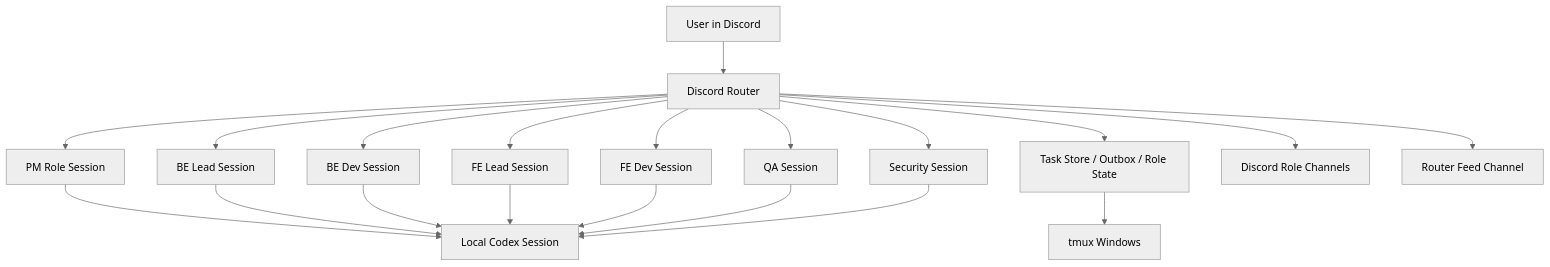
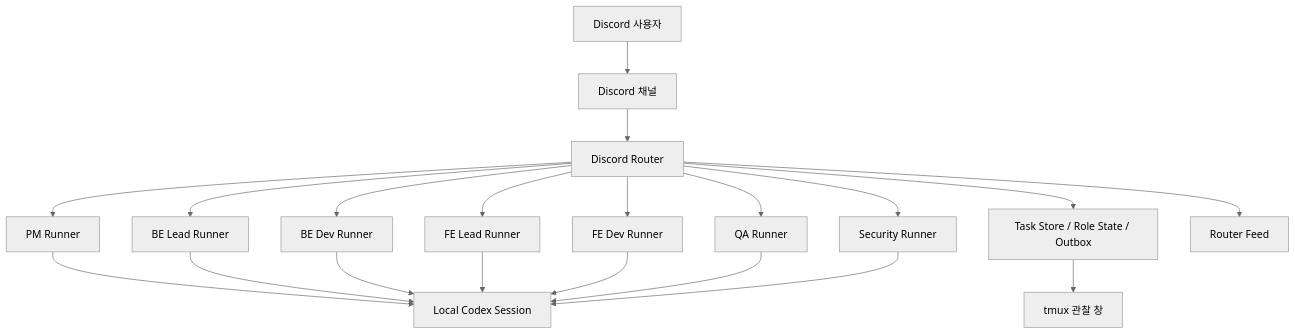
One commit to rktclgh/Codex_Discord_Agents changed the diagram in README.md. Above: the diagram before and after it, drawn with Mermaid (neutral theme). The commit also changed other lines of this file and 15 other files, not shown here.

````diff
--- a/README.md
+++ b/README.md
@@ -58,24 +52,24 @@
 ```mermaid
 flowchart TD
-    U["User in Discord"] --> R["Discord Router"]
-    R --> PM["PM Role Session"]
-    R --> BEL["BE Lead Session"]
-    R --> BED["BE Dev Session"]
-    R --> FEL["FE Lead Session"]
-    R --> FED["FE Dev Session"]
-    R --> QA["QA Session"]
-    R --> SEC["Security Session"]
+    U["Discord 사용자"] --> D["Discord 채널"]
+    D --> R["Discord Router"]
+    R --> PM["PM Runner"]
+    R --> BEL["BE Lead Runner"]
+    R --> BED["BE Dev Runner"]
+    R --> FEL["FE Lead Runner"]
+    R --> FED["FE Dev Runner"]
+    R --> QA["QA Runner"]
+    R --> SEC["Security Runner"]
 
     PM --> C["Local Codex Session"]
     BEL --> C
     BED --> C
     FEL --> C
     FED --> C
     QA --> C
     SEC --> C
 
-    R --> S["Task Store / Outbox / Role State"]
-    S --> T["tmux Windows"]
-    R --> D["Discord Role Channels"]
-    R --> RF["Router Feed Channel"]
+    R --> S["Task Store / Role State / Outbox"]
+    S --> T["tmux 관찰 창"]
+    R --> RF["Router Feed"]
 ```
````
